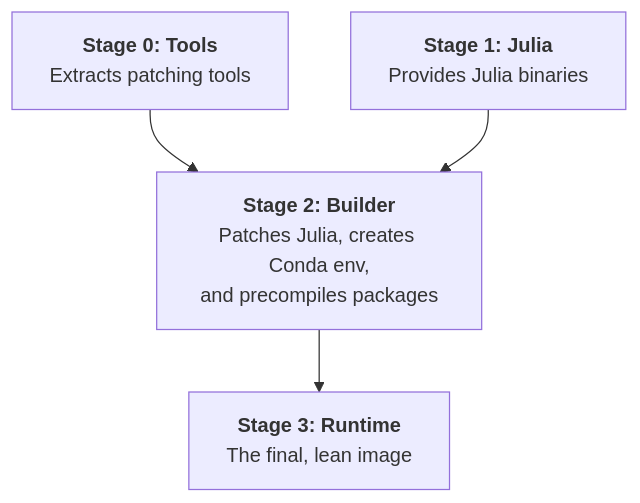
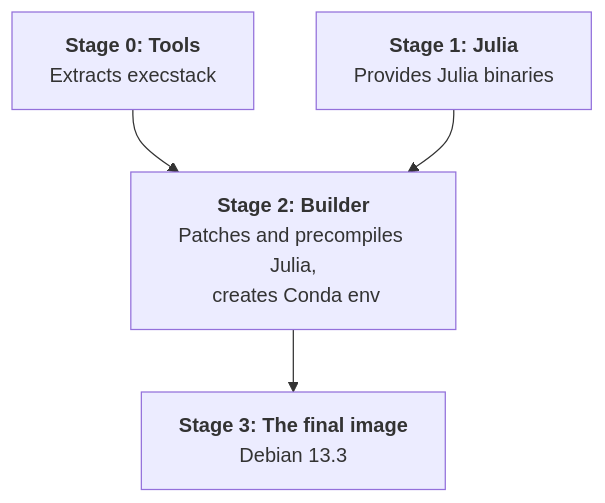
Before and after one commit to armin-maleki/my_packages: the diagram in README.md, drawn with Mermaid. The commit also changed other lines of this file, not shown here.

````diff
--- a/README.md
+++ b/README.md
@@ -15,11 +15,11 @@
 ```mermaid
 graph TD
-    S0[<b>Stage 0: Tools</b><br/>Extracts patching tools]
+    S0[<b>Stage 0: Tools</b><br/>Extracts execstack]
     S1[<b>Stage 1: Julia</b><br/>Provides Julia binaries]
-    S2[<b>Stage 2: Builder</b><br/>Patches Julia, creates Conda env,<br/>and precompiles packages]
-    S3[<b>Stage 3: Runtime</b><br/>The final, lean image]
+    S2[<b>Stage 2: Builder</b><br/>Patches and precompiles Julia,<br/> creates Conda env]
+    S3[<b>Stage 3: The final image </b><br/>Debian 13.3]
 
     S0 --> S2
     S1 --> S2
     S2 --> S3
 ```
````
